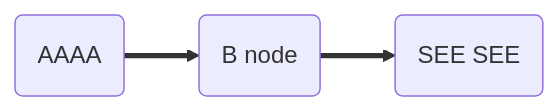
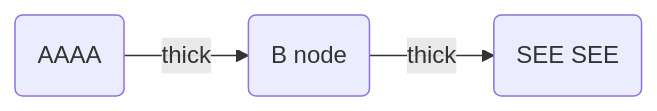
The second of 2 diagrams in examples/features/sample.md (budavariam/revealjs-cli), drawn with Mermaid before and after one commit. The commit also changed other lines of this file and 5 other files, not shown here.

Commit message:
feat: update mermaid.js to 11.12.2, add better error handling

```diff
--- a/examples/features/sample.md
+++ b/examples/features/sample.md
@@ -85,9 +85,9 @@
 <div class="mermaid">
 graph LR;
-  A(AAAA)==> B(B node);
-  B==> C(SEE SEE);
+  A(AAAA)-->|thick| B(B node);
+  B-->|thick| C(SEE SEE);
 
   class A diag-a-styles;
   class B diag-b-styles
   class C diag-c-styles;
 </div>
```
